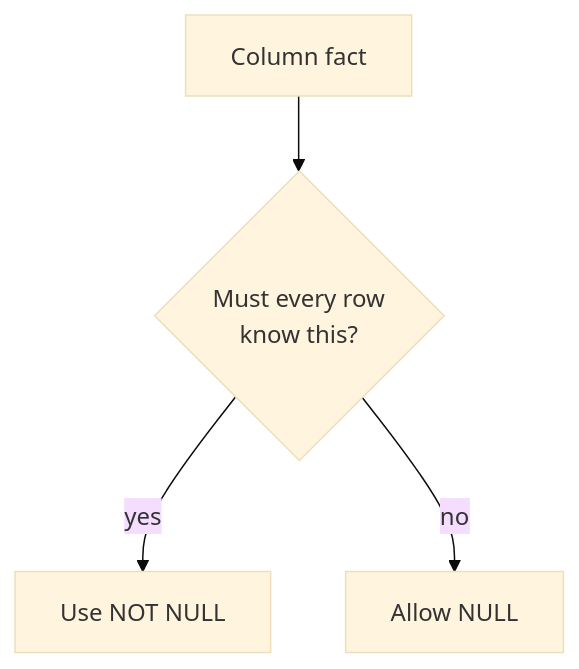
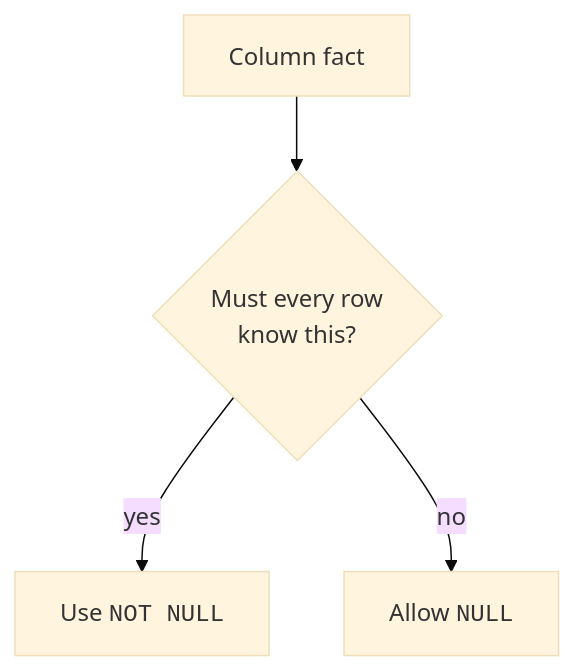
Before and after one commit to dataslope/dataslope: the second of 3 diagrams in content/courses/database-design-postgresql/not-null-and-defaults.mdx, drawn with Mermaid (base theme). The commit also changed other lines of this file and 283 other files, not shown here.

First line of the commit message:
Diagrams as elements, not characters: fix the box model, sweep the corpus, and make syntax breakdowns a convention (#652)

````diff
--- a/content/courses/database-design-postgresql/not-null-and-defaults.mdx
+++ b/content/courses/database-design-postgresql/not-null-and-defaults.mdx
@@ -44,6 +44,6 @@
 ```mermaid
 flowchart TD
     Fact["Column fact"] --> Q{"Must every row<br/>know this?"}
-    Q -->|yes| Req["Use NOT NULL"]
-    Q -->|no| Opt["Allow NULL"]
+    Q -->|yes| Req["Use <code>NOT NULL</code>"]
+    Q -->|no| Opt["Allow <code>NULL</code>"]
 ```
````
